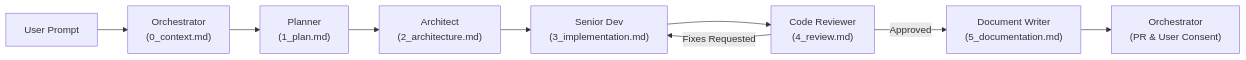
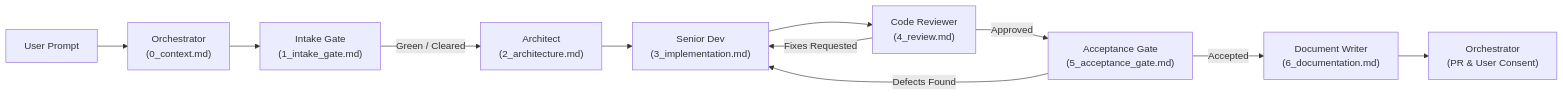
The diagram in .agents/protocols/handoff-protocol.md (peshomorskia-pm/team-generator), drawn with Mermaid before and after one commit. The commit also changed other lines of this file and 5 other files, not shown here.

Commit message:
chore(agents): formalize Intake Gate and Business Acceptance Gate roles and protocols

````diff
--- a/.agents/protocols/handoff-protocol.md
+++ b/.agents/protocols/handoff-protocol.md
@@ -17,11 +17,13 @@
 ```mermaid
 flowchart LR
     User["User Prompt"] --> Orch0["Orchestrator<br/>(0_context.md)"]
-    Orch0 --> Plan["Planner<br/>(1_plan.md)"]
-    Plan --> Arch["Architect<br/>(2_architecture.md)"]
+    Orch0 --> Intake["Intake Gate<br/>(1_intake_gate.md)"]
+    Intake -->|Green / Cleared| Arch["Architect<br/>(2_architecture.md)"]
     Arch --> Dev["Senior Dev<br/>(3_implementation.md)"]
     Dev --> Rev["Code Reviewer<br/>(4_review.md)"]
     Rev -->|Fixes Requested| Dev
-    Rev -->|Approved| Doc["Document Writer<br/>(5_documentation.md)"]
+    Rev -->|Approved| Accept["Acceptance Gate<br/>(5_acceptance_gate.md)"]
+    Accept -->|Defects Found| Dev
+    Accept -->|Accepted| Doc["Document Writer<br/>(6_documentation.md)"]
     Doc --> OrchFinal["Orchestrator<br/>(PR & User Consent)"]
 ```
````
